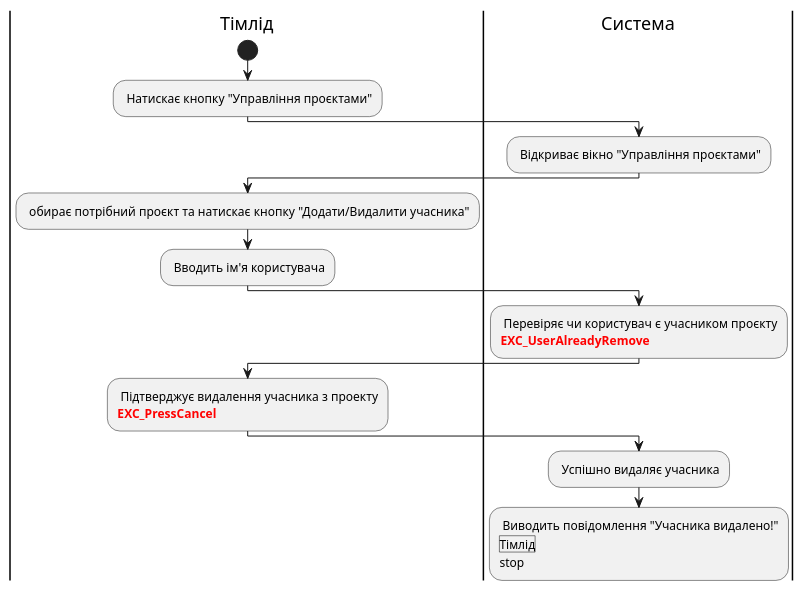
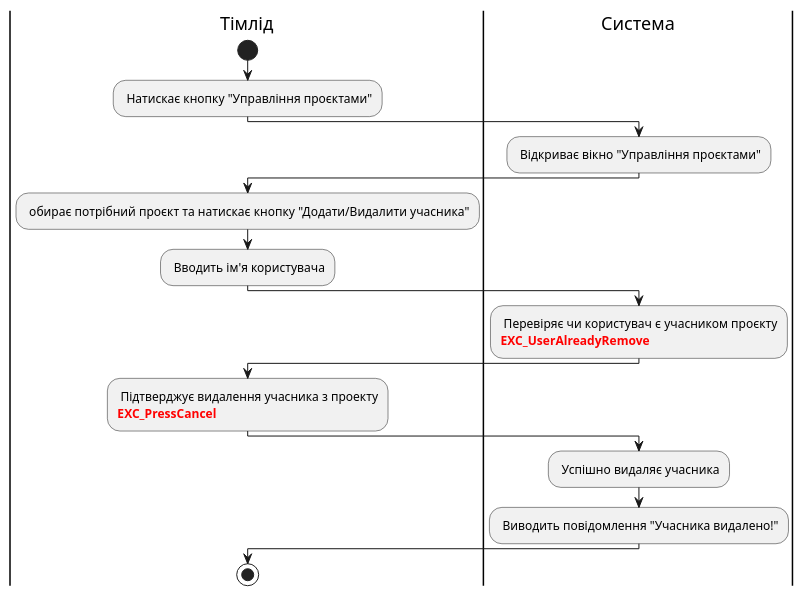
Before and after one commit to io-23SklyarAnton/pupsiki-bd: the second of 2 diagrams in docs/use cases/README.md, drawn with PlantUML. The commit also changed other lines of this file, not shown here.

```diff
--- a/docs/use cases/README.md
+++ b/docs/use cases/README.md
@@ -43,23 +43,23 @@
 @startuml
 
     |Тімлід|
     start;
         : Натискає кнопку "Управління проєктами";
     |Система|
         : Відкриває вікно "Управління проєктами";
     |Тімлід|
         : обирає потрібний проєкт та натискає кнопку "Додати/Видалити учасника";
         : Вводить ім'я користувача;
     |Система|
         : Перевіряє чи користувач є учасником проєкту
         <font color="red"><b>EXC_UserAlreadyRemove;
     |Тімлід|
         : Підтверджує видалення учасника з проекту
         <font color="red"><b>EXC_PressCancel;
     |Система|
         : Успішно видаляє учасника;
-        : Виводить повідомлення "Учасника видалено!"
+        : Виводить повідомлення "Учасника видалено!";
     |Тімлід|
     stop;
 
 @enduml
```
